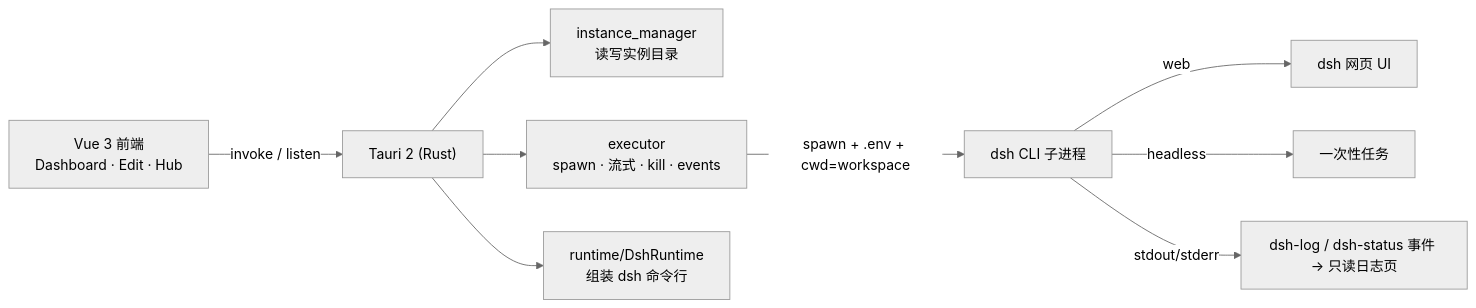
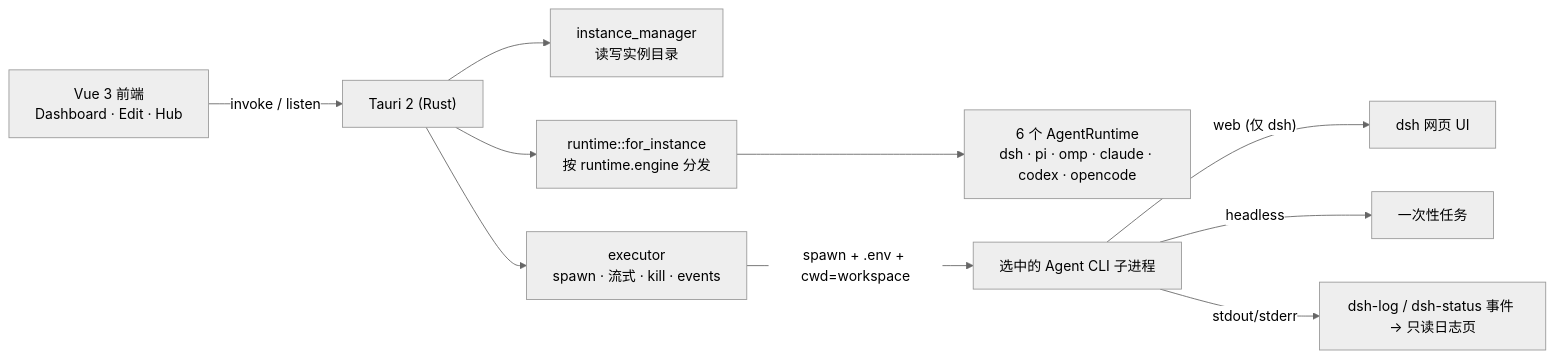
The diagram in docs/wiki/Architecture.md (lildengzi/agentLauncher), drawn with Mermaid (neutral theme) before and after one commit. The commit also changed other lines of this file and 71 other files, not shown here.

````diff
--- a/docs/wiki/Architecture.md
+++ b/docs/wiki/Architecture.md
@@ -7,11 +7,12 @@
 ```mermaid
 flowchart LR
   UI["Vue 3 前端<br/>Dashboard · Edit · Hub"] -- invoke / listen --> Core["Tauri 2 (Rust)"]
   Core --> IM["instance_manager<br/>读写实例目录"]
   Core --> EX["executor<br/>spawn · 流式 · kill · events"]
-  Core --> RT["runtime/DshRuntime<br/>组装 dsh 命令行"]
-  EX -- "spawn + .env + cwd=workspace" --> DSH["dsh CLI 子进程"]
-  DSH -- web --> Web["dsh 网页 UI"]
-  DSH -- headless --> Task["一次性任务"]
-  DSH -- "stdout/stderr" --> Log["dsh-log / dsh-status 事件 → 只读日志页"]
+  Core --> RT["runtime::for_instance<br/>按 runtime.engine 分发"]
+  RT --> R6["6 个 AgentRuntime<br/>dsh · pi · omp · claude · codex · opencode"]
+  EX -- "spawn + .env + cwd=workspace" --> CLI["选中的 Agent CLI 子进程"]
+  CLI -- "web (仅 dsh)" --> Web["dsh 网页 UI"]
+  CLI -- headless --> Task["一次性任务"]
+  CLI -- "stdout/stderr" --> Log["dsh-log / dsh-status 事件 → 只读日志页"]
 ```
````
